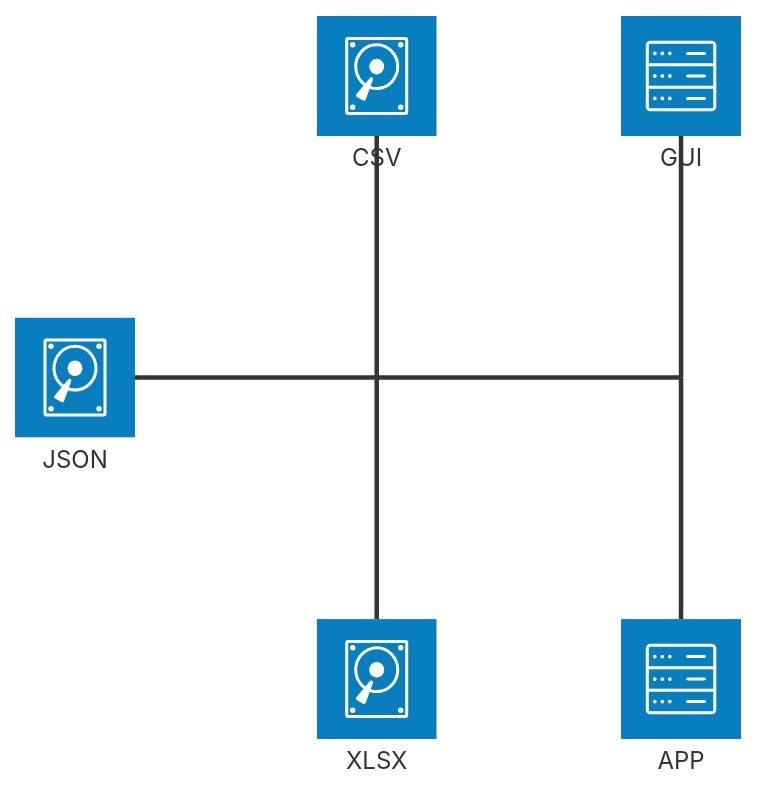
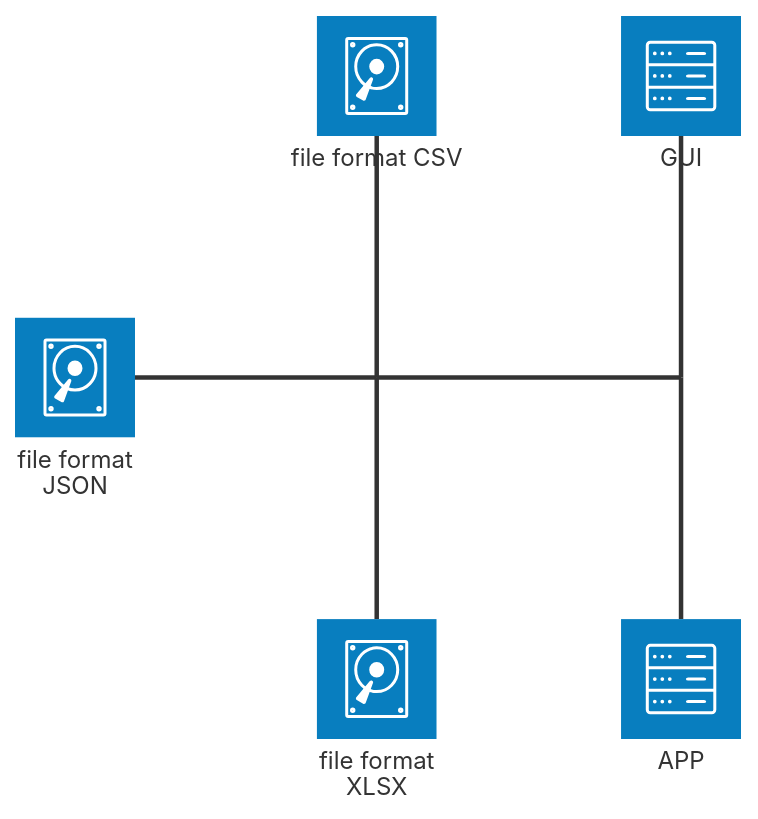
The second of 5 diagrams in src/tech_doc.md (icewomen-hub/customer_calendar), drawn with Mermaid before and after one commit. The commit also changed other lines of this file, not shown here.

Commit message:
Extending technical doq

````diff
--- a/src/tech_doc.md
+++ b/src/tech_doc.md
@@ -37,19 +37,19 @@
 ```mermaid
 architecture-beta
-    service left_disk(disk)[JSON]
-    service top_disk(disk)[CSV]
-    service bottom_disk(disk)[XLSX]
+    service left_disk(disk)[file format JSON]
+    service top_disk(disk)[file format CSV]
+    service bottom_disk(disk)[file format XLSX]
     service top_gateway(server)[GUI]
     service bottom_gateway(server)[APP]
     junction junctionCenter
     junction junctionRight
 
     left_disk:R -- L:junctionCenter
     top_disk:B -- T:junctionCenter
     bottom_disk:T -- B:junctionCenter
     junctionCenter:R -- L:junctionRight
     top_gateway:B -- T:junctionRight
     bottom_gateway:T -- B:junctionRight
 
 
 ```
````
